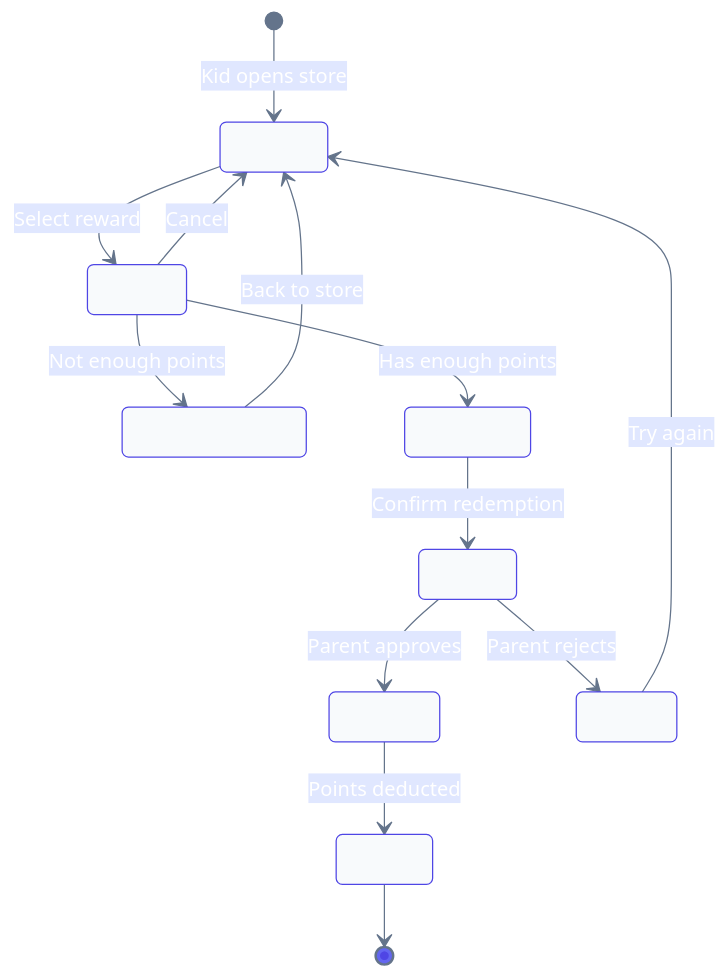
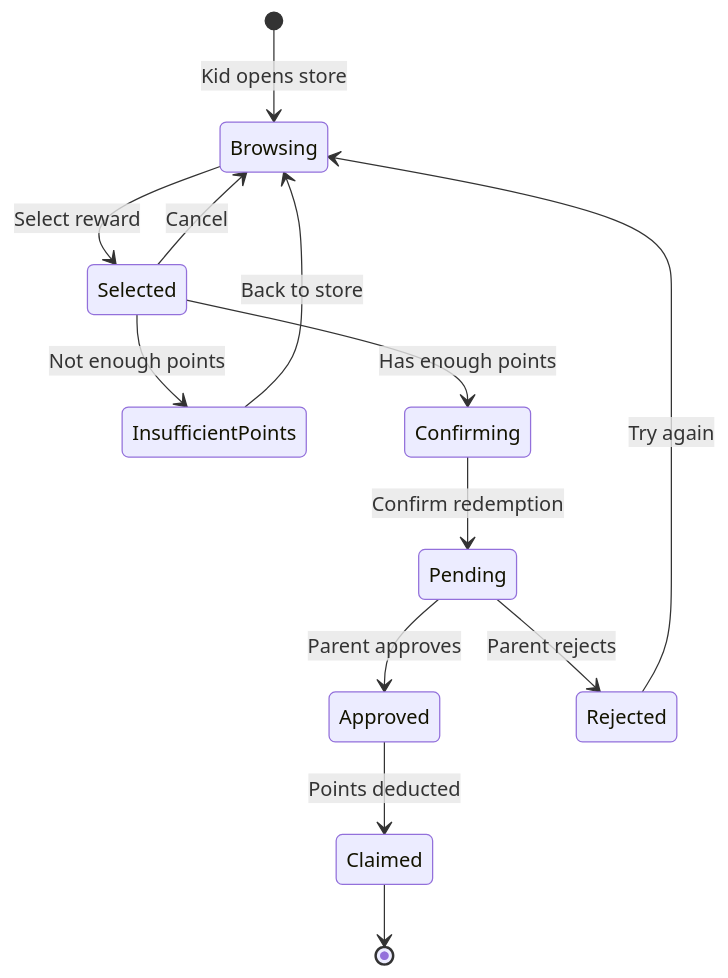
The fifth of 6 diagrams in README.md (anisha-agarwal/chore-champions), drawn with Mermaid before and after one commit. The commit also changed other lines of this file and 2 other files, not shown here.

First line of the commit message:
Use default Mermaid theme for cleaner diagrams

````diff
--- a/README.md
+++ b/README.md
@@ -209,16 +209,16 @@
 ```mermaid
-%%{init: {'theme': 'base', 'themeVariables': {'primaryColor': '#6366f1', 'primaryTextColor': '#fff', 'primaryBorderColor': '#4f46e5', 'lineColor': '#64748b', 'secondaryColor': '#e0e7ff', 'tertiaryColor': '#f1f5f9', 'stateBkg': '#f8fafc', 'stateBorder': '#94a3b8'}}}%%
+%%{init: {'theme': 'default'}}%%
 stateDiagram-v2
     [*] --> Browsing: Kid opens store
     Browsing --> Selected: Select reward
     Selected --> Browsing: Cancel
     Selected --> InsufficientPoints: Not enough points
     InsufficientPoints --> Browsing: Back to store
     Selected --> Confirming: Has enough points
     Confirming --> Pending: Confirm redemption
     Pending --> Approved: Parent approves
     Pending --> Rejected: Parent rejects
     Approved --> Claimed: Points deducted
     Rejected --> Browsing: Try again
     Claimed --> [*]
 ```
````
